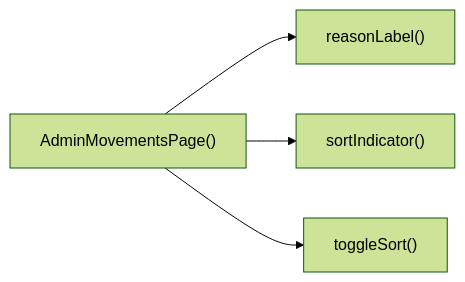
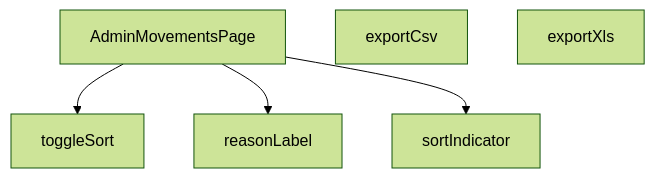
The diagram in src/views/admin/AdminMovementsPage.md (peckop/venthub-hvac-esite), drawn with Mermaid (forest theme) before and after one commit. The commit also changed other lines of this file and 488 other files, not shown here.

````diff
--- a/src/views/admin/AdminMovementsPage.md
+++ b/src/views/admin/AdminMovementsPage.md
@@ -403,6 +346,12 @@
 ```mermaid
-graph LR
-    AdminMovementsPage["AdminMovementsPage()"] --> reasonLabel["reasonLabel()"]
-    AdminMovementsPage["AdminMovementsPage()"] --> sortIndicator["sortIndicator()"]
-    AdminMovementsPage["AdminMovementsPage()"] --> toggleSort["toggleSort()"]
+graph TD
+    AdminMovementsPage_tsx__AdminMovementsPage["AdminMovementsPage"]
+    AdminMovementsPage_tsx__exportCsv["exportCsv"]
+    AdminMovementsPage_tsx__exportXls["exportXls"]
+    AdminMovementsPage_tsx__reasonLabel["reasonLabel"]
+    AdminMovementsPage_tsx__sortIndicator["sortIndicator"]
+    AdminMovementsPage_tsx__toggleSort["toggleSort"]
+    AdminMovementsPage_tsx__AdminMovementsPage --> AdminMovementsPage_tsx__toggleSort
+    AdminMovementsPage_tsx__AdminMovementsPage --> AdminMovementsPage_tsx__reasonLabel
+    AdminMovementsPage_tsx__AdminMovementsPage --> AdminMovementsPage_tsx__sortIndicator
 ```
````
